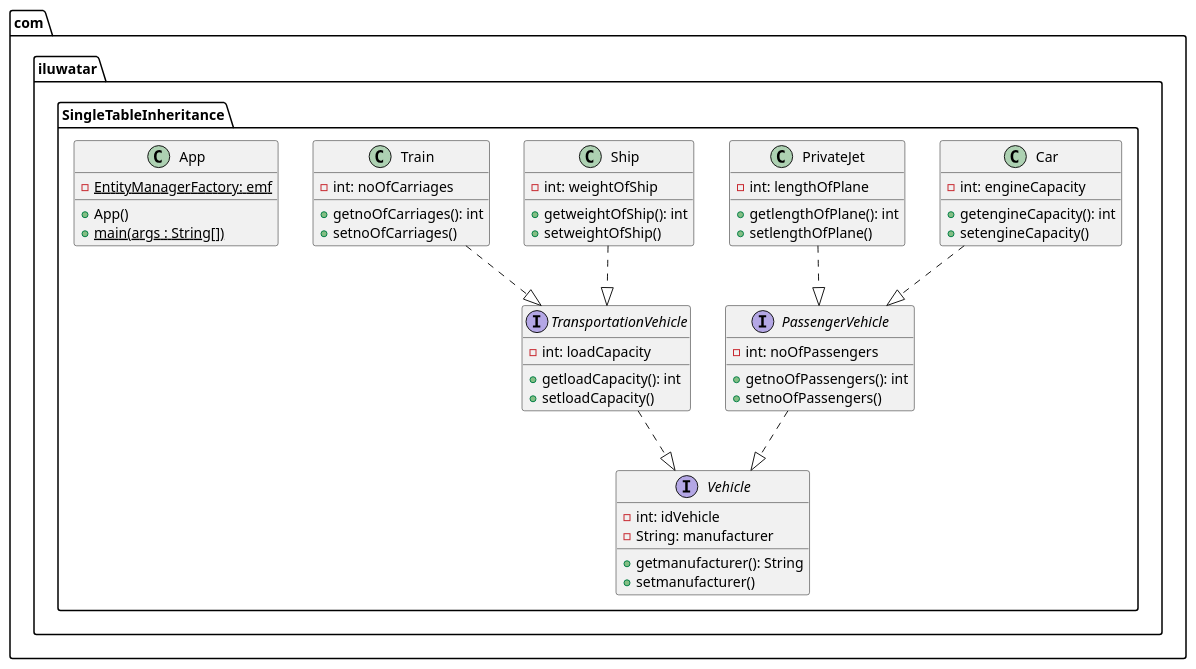
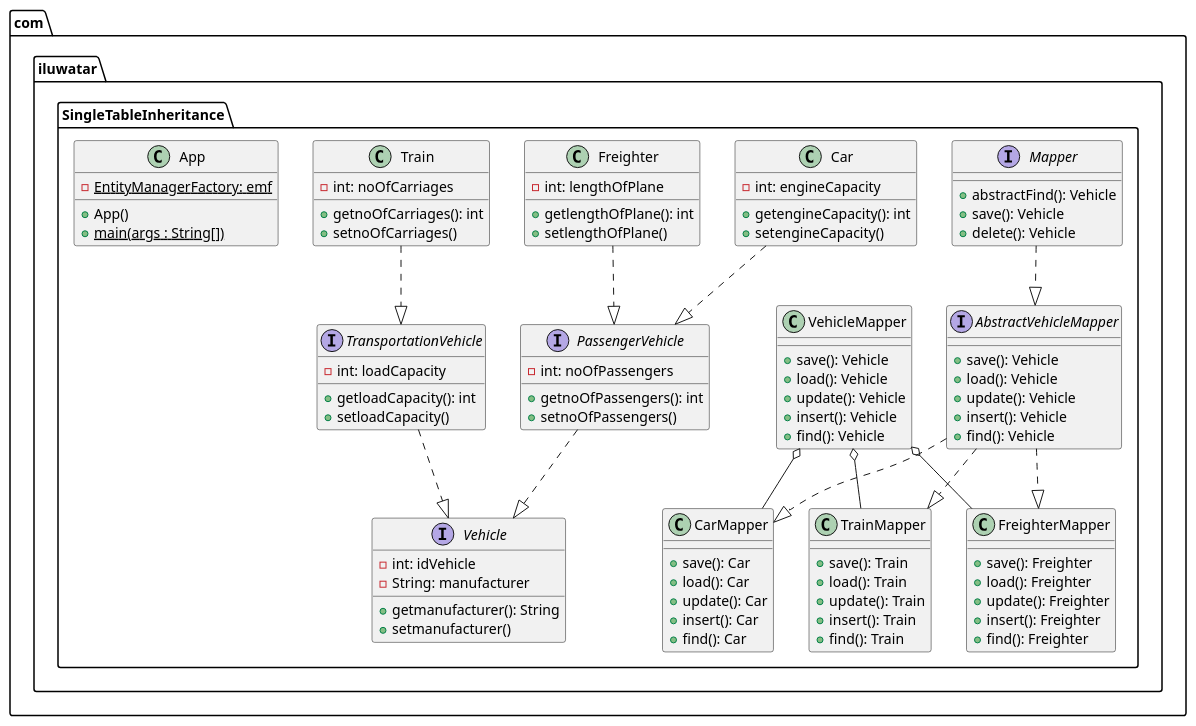
The diagram in single-table-inheritance/etc/SingleTableInheritance.urm.puml (Tha-Davong/java-design-patterns), drawn with PlantUML before and after one commit. The commit also changed 2 other files, not shown here.

```diff
--- a/single-table-inheritance/etc/SingleTableInheritance.urm.puml
+++ b/single-table-inheritance/etc/SingleTableInheritance.urm.puml
@@ -1,54 +1,95 @@
 @startuml
 package com.iluwatar.SingleTableInheritance {
+  interface Mapper{
+    + abstractFind(): Vehicle
+    + save(): Vehicle
+    + delete(): Vehicle
+  }
+  interface AbstractVehicleMapper{
+    + save(): Vehicle
+    + load(): Vehicle
+    + update(): Vehicle
+    + insert(): Vehicle
+    + find(): Vehicle
+  }
+class CarMapper{
+    + save(): Car
+    + load(): Car
+    + update(): Car
+    + insert(): Car
+    + find(): Car
+  }
+class TrainMapper{
+    + save(): Train
+    + load(): Train
+    + update(): Train
+    + insert(): Train
+    + find(): Train
+  }
+class FreighterMapper{
+    + save(): Freighter
+    + load(): Freighter
+    + update(): Freighter
+    + insert(): Freighter
+    + find(): Freighter
+  }
+class VehicleMapper{
+    + save(): Vehicle
+    + load(): Vehicle
+    + update(): Vehicle
+    + insert(): Vehicle
+    + find(): Vehicle
+}
   interface Vehicle{
     - int: idVehicle
     - String: manufacturer
     + getmanufacturer(): String
     + setmanufacturer()
   }
+
   interface TransportationVehicle{
     - int: loadCapacity
     + getloadCapacity(): int
     + setloadCapacity()
   }
   interface PassengerVehicle{
     - int: noOfPassengers
     + getnoOfPassengers(): int
     + setnoOfPassengers()
   }
   class Car{
     - int: engineCapacity
     + getengineCapacity(): int
     + setengineCapacity()
   }
-  class PrivateJet{
+  class Freighter{
     - int: lengthOfPlane
     + getlengthOfPlane(): int
     + setlengthOfPlane()
-  }
-  class Ship{
-    - int: weightOfShip
-    + getweightOfShip(): int
-    + setweightOfShip()
   }
   class Train{
     - int: noOfCarriages
     + getnoOfCarriages(): int
     + setnoOfCarriages()
   }
   class App{
     - EntityManagerFactory: emf {static}
     + App()
     + main(args : String[]) {static}
-    
+
   }
 }
 
 TransportationVehicle ..|>  Vehicle
 PassengerVehicle ..|>  Vehicle
 Car ..|> PassengerVehicle
-PrivateJet ..|> PassengerVehicle
-Ship ..|> TransportationVehicle
+Freighter ..|> PassengerVehicle
 Train ..|> TransportationVehicle
-
+Mapper ..|> AbstractVehicleMapper
+AbstractVehicleMapper ..|> CarMapper
+AbstractVehicleMapper ..|> TrainMapper
+AbstractVehicleMapper ..|> FreighterMapper
+VehicleMapper o-- CarMapper
+VehicleMapper o-- TrainMapper
+VehicleMapper o-- FreighterMapper
 @endumll
```
